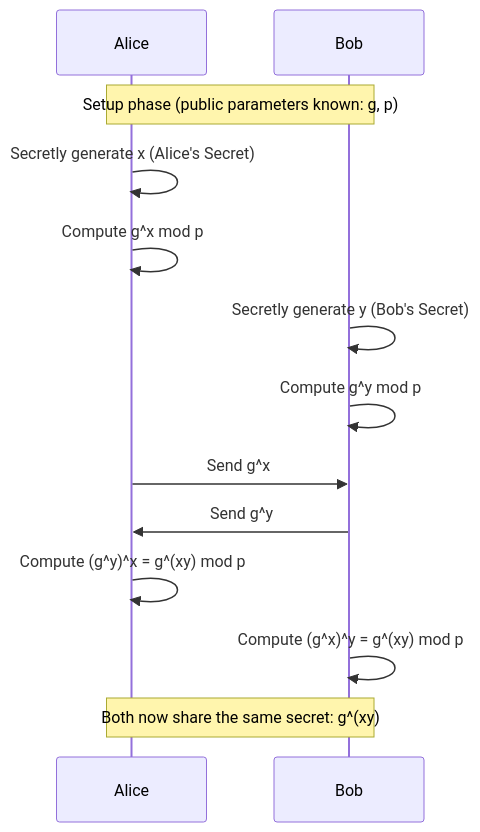
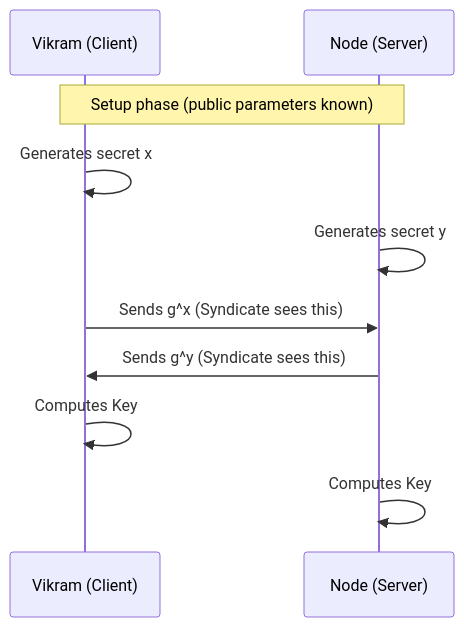
The first of 2 diagrams in story.md (tsamridh86/security-documentation), drawn with Mermaid before and after one commit. The commit also changed other lines of this file, not shown here.

````diff
--- a/story.md
+++ b/story.md
@@ -79,20 +96,16 @@
 ```mermaid
 sequenceDiagram
-    participant A as Alice
-    participant B as Bob
+    participant V as Vikram (Client)
+    participant A as Node (Server)
     
-    Note over A,B: Setup phase (public parameters known: g, p)
+    Note over V,A: Setup phase (public parameters known)
     
-    A->>A: Secretly generate x (Alice's Secret)
-    A->>A: Compute g^x mod p
-    B->>B: Secretly generate y (Bob's Secret)
-    B->>B: Compute g^y mod p
+    V->>V: Generates secret x
+    A->>A: Generates secret y
     
-    A->>B: Send g^x
-    B->>A: Send g^y
+    V->>A: Sends g^x (Syndicate sees this)
+    A->>V: Sends g^y (Syndicate sees this)
     
-    A->>A: Compute (g^y)^x = g^(xy) mod p
-    B->>B: Compute (g^x)^y = g^(xy) mod p
-    
-    Note over A,B: Both now share the same secret: g^(xy)
+    V->>V: Computes Key
+    A->>A: Computes Key
 ```
````
